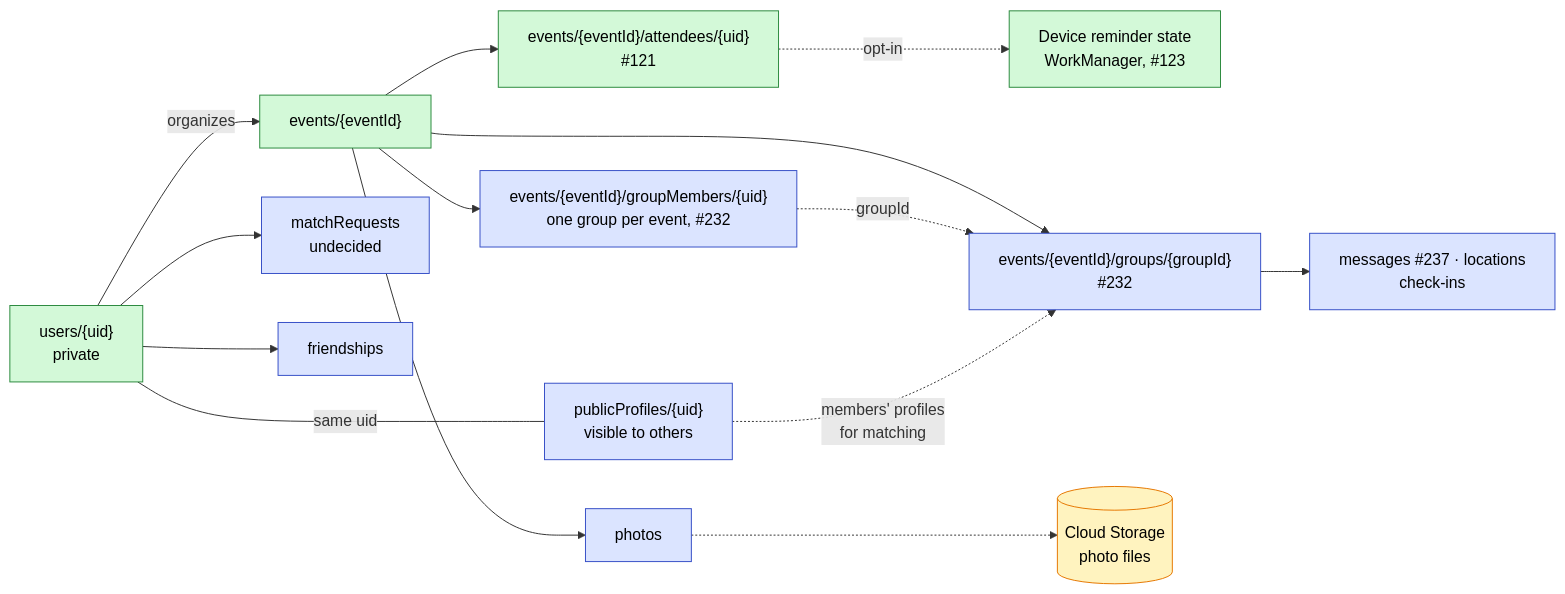
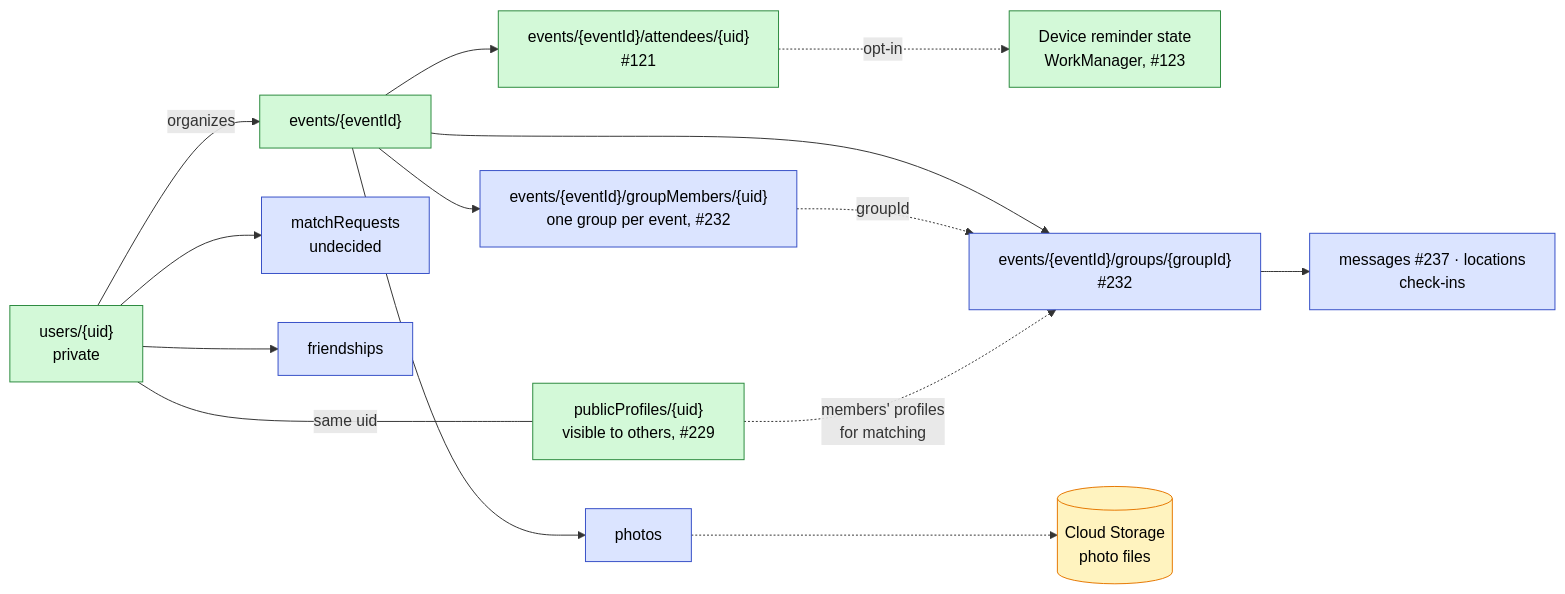
Before and after one commit to swent-polysocial/PolySocial: diagram 12 of 12 in docs/Architecture-Diagram.md, drawn with Mermaid. The commit also changed other lines of this file and 1 other file, not shown here.

First line of the commit message:
docs: record public profiles as built

````diff
--- a/docs/Architecture-Diagram.md
+++ b/docs/Architecture-Diagram.md
@@ -382,33 +385,33 @@
 ```mermaid
 flowchart LR
   classDef s1 fill:#d3f9d8,stroke:#2b8a3e,color:#000
   classDef pb fill:#dbe4ff,stroke:#364fc7,color:#000
   classDef ext fill:#fff3bf,stroke:#e67700,color:#000
 
   users["users/{uid}<br/>private"]:::s1
-  pub["publicProfiles/{uid}<br/>visible to others"]:::pb
+  pub["publicProfiles/{uid}<br/>visible to others, #229"]:::s1
   events["events/{eventId}"]:::s1
   reg["events/{eventId}/attendees/{uid}<br/>#121"]:::s1
   reminders["Device reminder state<br/>WorkManager, #123"]:::s1
   photos["photos"]:::pb
   groups["events/{eventId}/groups/{groupId}<br/>#232"]:::pb
   marker["events/{eventId}/groupMembers/{uid}<br/>one group per event, #232"]:::pb
   sub["messages #237 · locations<br/>check-ins"]:::pb
   mreq["matchRequests<br/>undecided"]:::pb
   friends["friendships"]:::pb
   storage[("Cloud Storage<br/>photo files")]:::ext
 
   users --- |"same uid"| pub
   users -->|"organizes"| events
   events --> reg
   reg -. opt-in .-> reminders
   events --> photos
   photos -.-> storage
   events --> groups
   events --> marker
   marker -. "groupId" .-> groups
   groups --> sub
   pub -. "members' profiles<br/>for matching" .-> groups
   users --> mreq
   users --> friends
 ```
````
